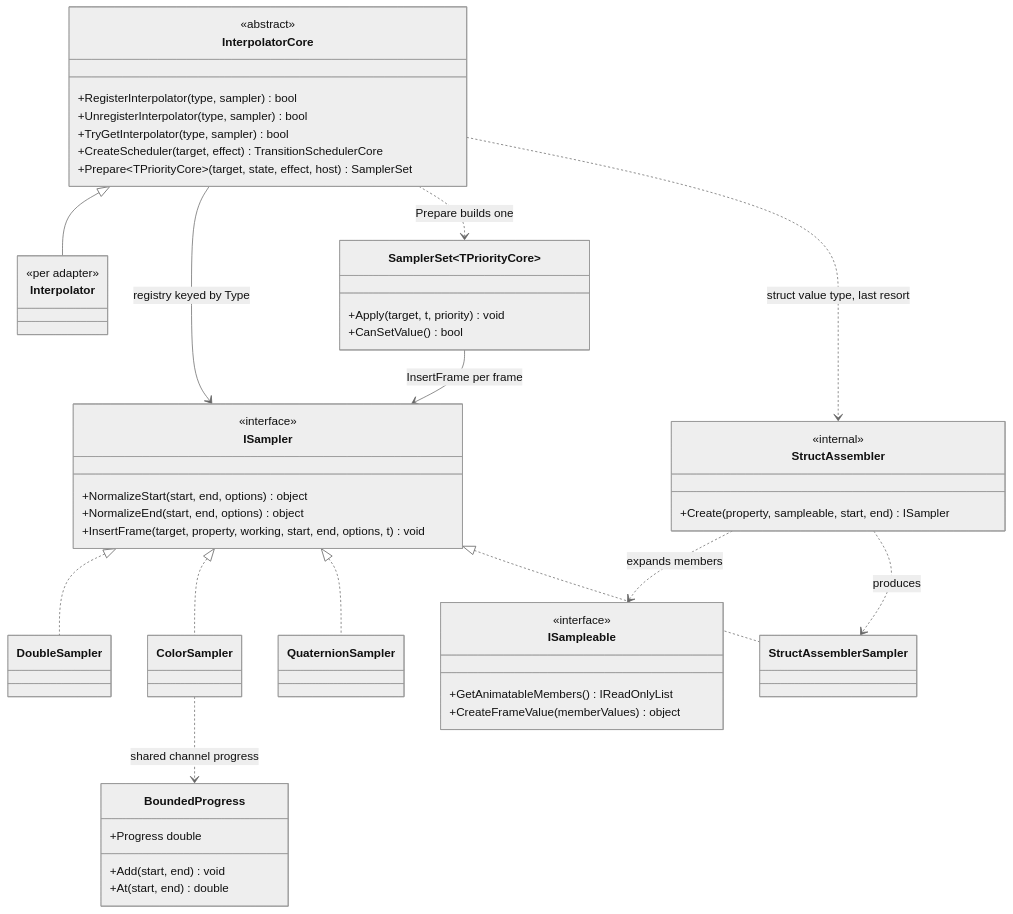
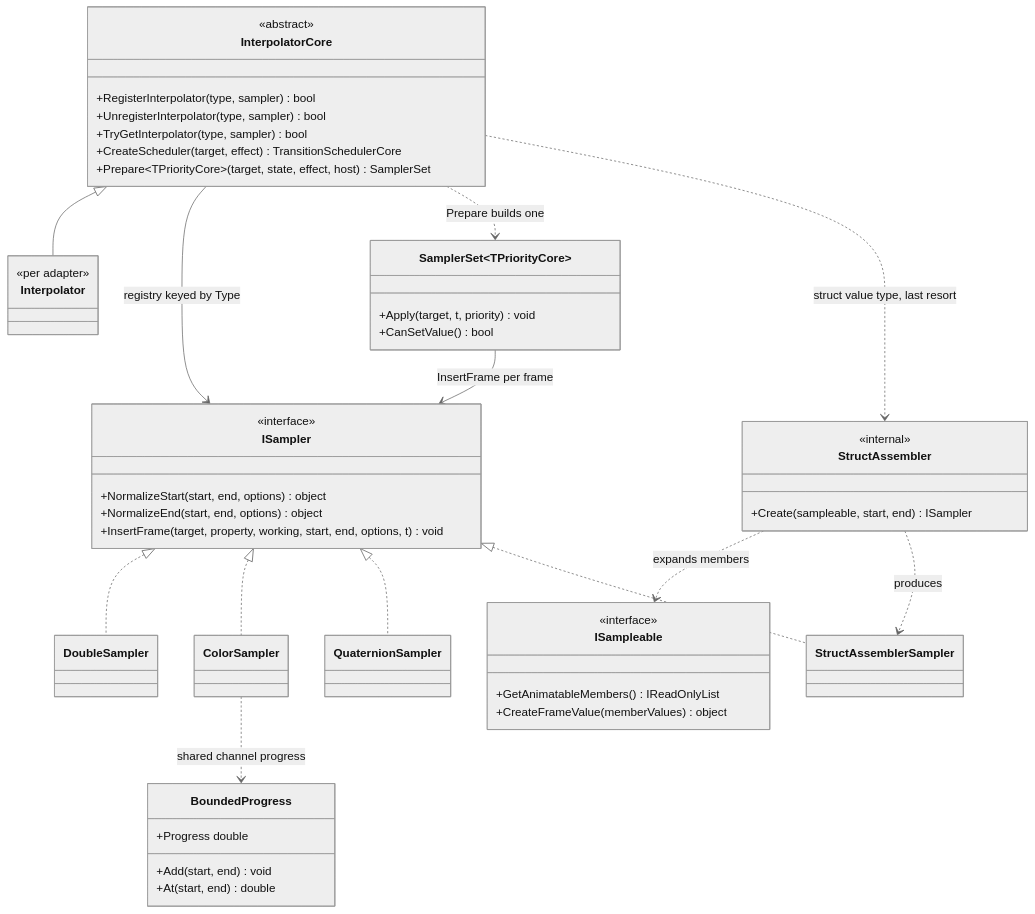
Before and after one commit to Axvser/VeloxDev.Docs: the diagram in src/CloudGlyph/Assets/Docs/content/en/3_SE_Analysis/02_design-patterns/03_transition/00_sampler-strategy/index.md, drawn with Mermaid (neutral theme). The commit also changed 616 other files, not shown here.

````diff
--- a/src/CloudGlyph/Assets/Docs/content/en/3_SE_Analysis/02_design-patterns/03_transition/00_sampler-strategy/index.md
+++ b/src/CloudGlyph/Assets/Docs/content/en/3_SE_Analysis/02_design-patterns/03_transition/00_sampler-strategy/index.md
@@ -7,55 +7,55 @@
 ```mermaid
 classDiagram
     class ISampler {
         <<interface>>
         +NormalizeStart(start, end, options) object
         +NormalizeEnd(start, end, options) object
         +InsertFrame(target, property, working, start, end, options, t) void
     }
     class ISampleable {
         <<interface>>
         +GetAnimatableMembers() IReadOnlyList
         +CreateFrameValue(memberValues) object
     }
     class InterpolatorCore {
         <<abstract>>
         +RegisterInterpolator(type, sampler) bool
         +UnregisterInterpolator(type, sampler) bool
         +TryGetInterpolator(type, sampler) bool
         +CreateScheduler(target, effect) TransitionSchedulerCore
         +Prepare~TPriorityCore~(target, state, effect, host) SamplerSet
     }
     class Interpolator {
         <<per adapter>>
     }
     class SamplerSet~TPriorityCore~ {
         +Apply(target, t, priority) void
         +CanSetValue() bool
     }
     class BoundedProgress {
         +Add(start, end) void
         +Progress double
         +At(start, end) double
     }
     class DoubleSampler
     class ColorSampler
     class QuaternionSampler
     class StructAssemblerSampler
     class StructAssembler {
         <<internal>>
-        +Create(property, sampleable, start, end) ISampler
+        +Create(sampleable, start, end) ISampler
     }
 
     InterpolatorCore <|-- Interpolator
     InterpolatorCore --> ISampler : registry keyed by Type
     InterpolatorCore ..> SamplerSet : Prepare builds one
     InterpolatorCore ..> StructAssembler : struct value type, last resort
     StructAssembler ..> ISampleable : expands members
     StructAssembler ..> StructAssemblerSampler : produces
     ISampler <|.. DoubleSampler
     ISampler <|.. ColorSampler
     ISampler <|.. QuaternionSampler
     ISampler <|.. StructAssemblerSampler
     ColorSampler ..> BoundedProgress : shared channel progress
     SamplerSet --> ISampler : InsertFrame per frame
 ```
````
